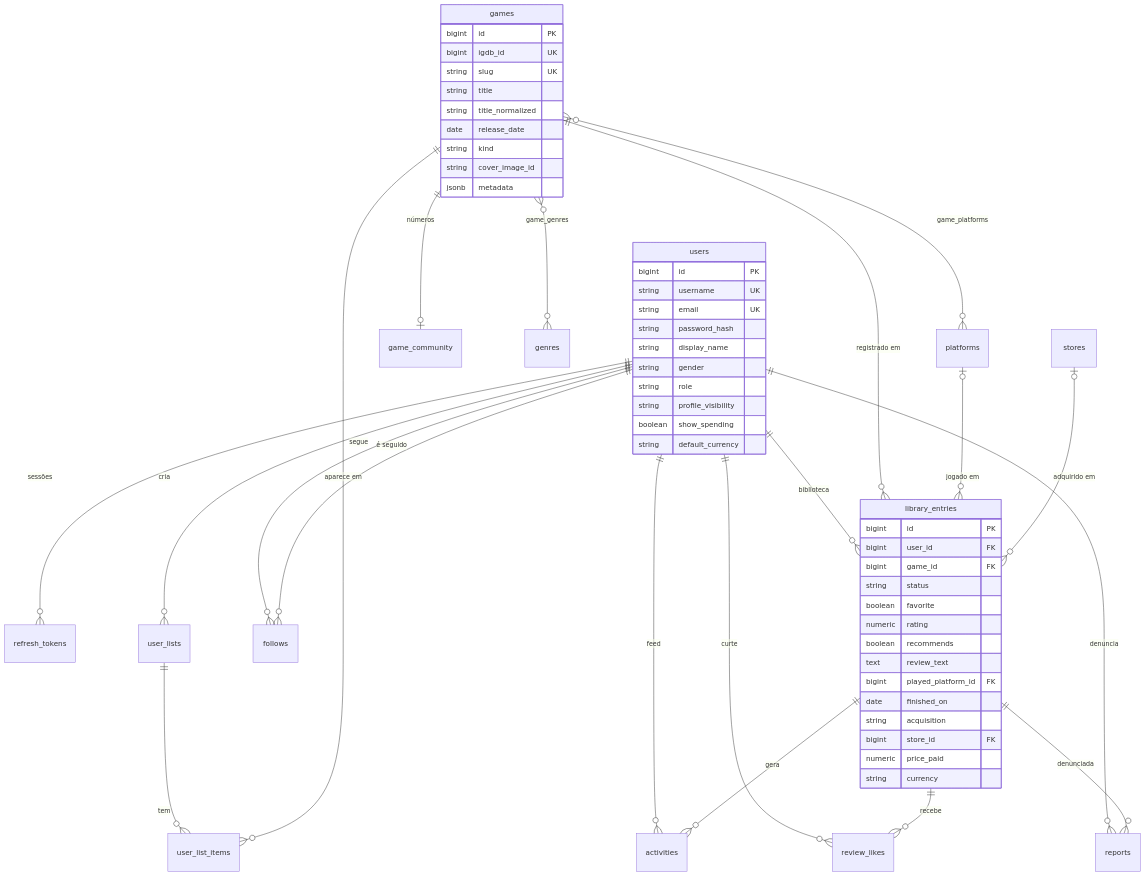
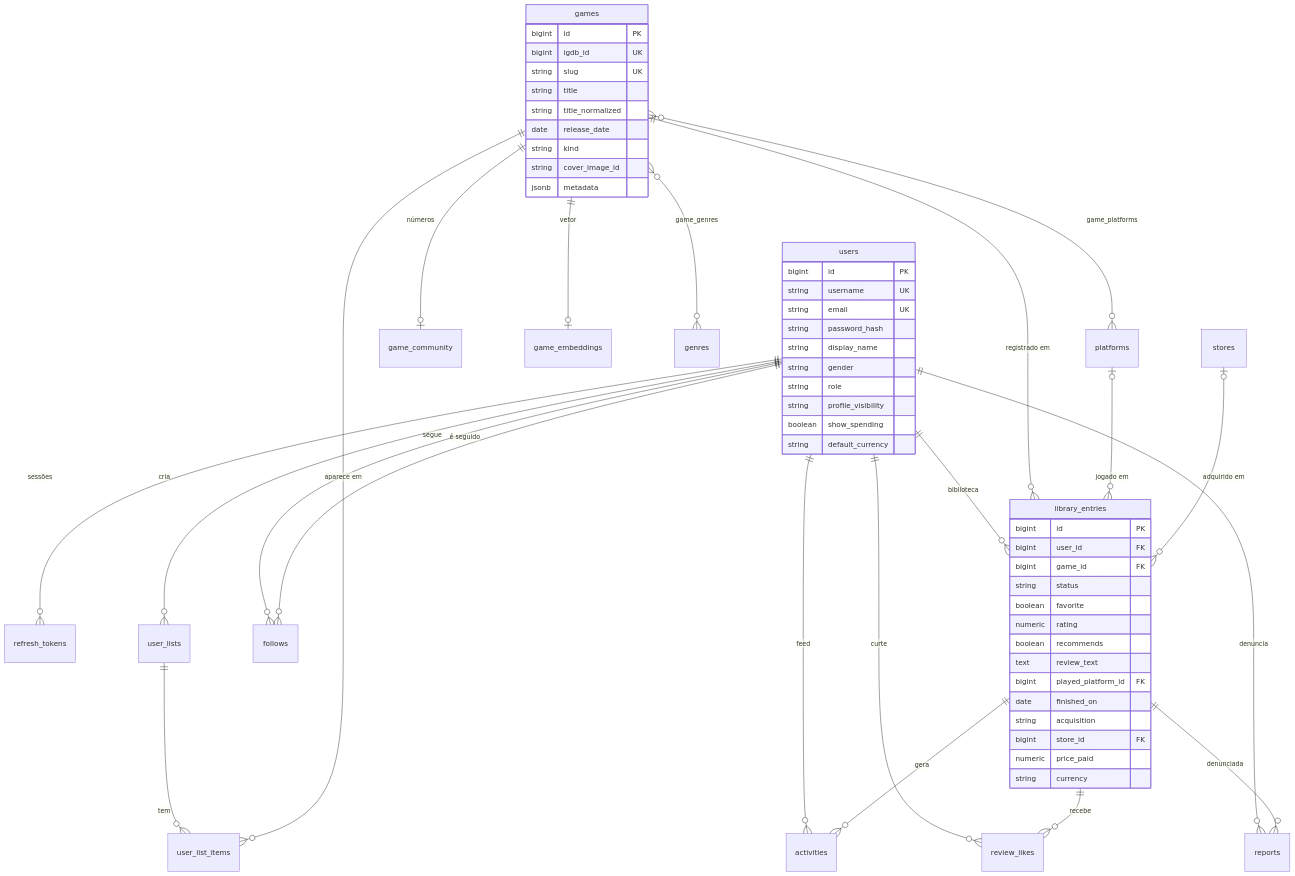
Before and after one commit to kauanunnes/game-log-backend: the diagram in docs/03-modelo-de-dados.md, drawn with Mermaid. The commit also changed other lines of this file and 4 other files, not shown here.

````diff
--- a/docs/03-modelo-de-dados.md
+++ b/docs/03-modelo-de-dados.md
@@ -7,62 +7,63 @@
 ```mermaid
 erDiagram
     users ||--o{ refresh_tokens : "sessões"
     users ||--o{ library_entries : "biblioteca"
     users ||--o{ follows : "segue"
     users ||--o{ follows : "é seguido"
     users ||--o{ activities : "feed"
     library_entries ||--o{ activities : "gera"
     users ||--o{ review_likes : "curte"
     library_entries ||--o{ review_likes : "recebe"
     users ||--o{ reports : "denuncia"
     library_entries ||--o{ reports : "denunciada"
     users ||--o{ user_lists : "cria"
     user_lists ||--o{ user_list_items : "tem"
     games ||--o{ user_list_items : "aparece em"
     games ||--o{ library_entries : "registrado em"
     games ||--o| game_community : "números"
+    games ||--o| game_embeddings : "vetor"
     games }o--o{ genres : "game_genres"
     games }o--o{ platforms : "game_platforms"
     platforms |o--o{ library_entries : "jogado em"
     stores |o--o{ library_entries : "adquirido em"
 
     users {
         bigint id PK
         string username UK
         string email UK
         string password_hash
         string display_name
         string gender
         string role
         string profile_visibility
         boolean show_spending
         string default_currency
     }
     games {
         bigint id PK
         bigint igdb_id UK
         string slug UK
         string title
         string title_normalized
         date release_date
         string kind
         string cover_image_id
         jsonb metadata
     }
     library_entries {
         bigint id PK
         bigint user_id FK
         bigint game_id FK
         string status
         boolean favorite
         numeric rating
         boolean recommends
         text review_text
         bigint played_platform_id FK
         date finished_on
         string acquisition
         bigint store_id FK
         numeric price_paid
         string currency
     }
 ```
````
